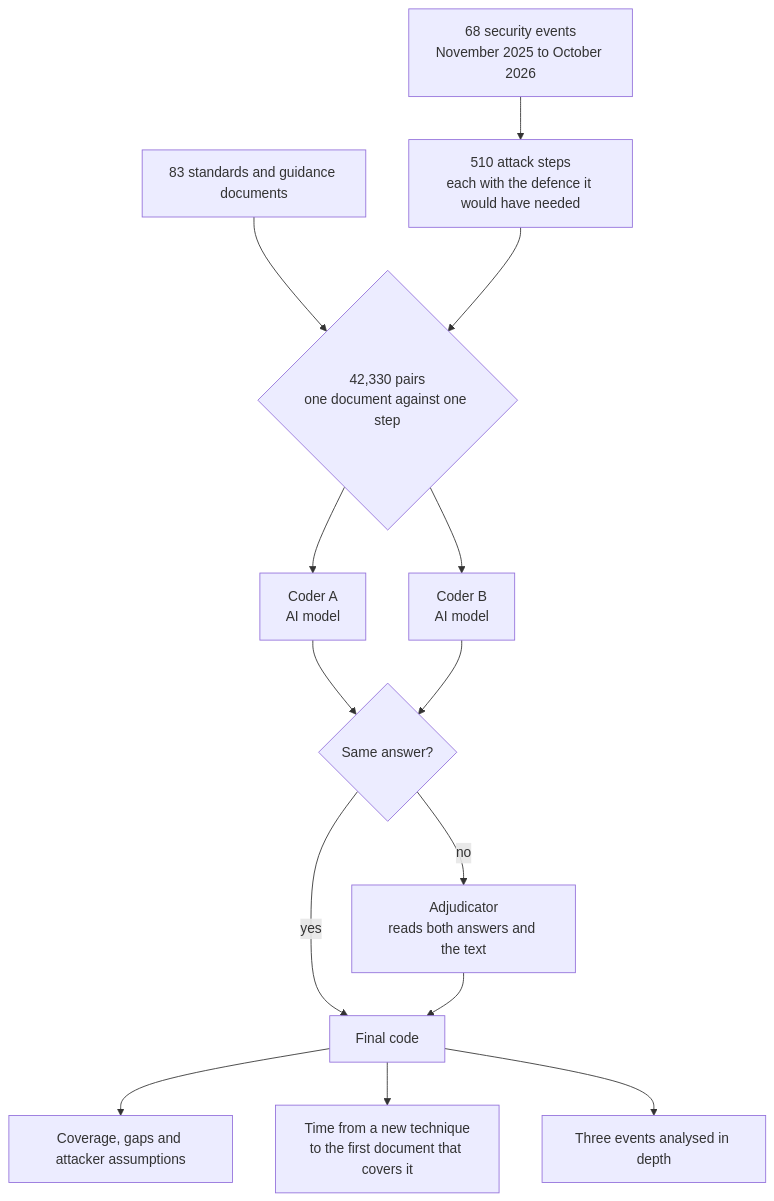
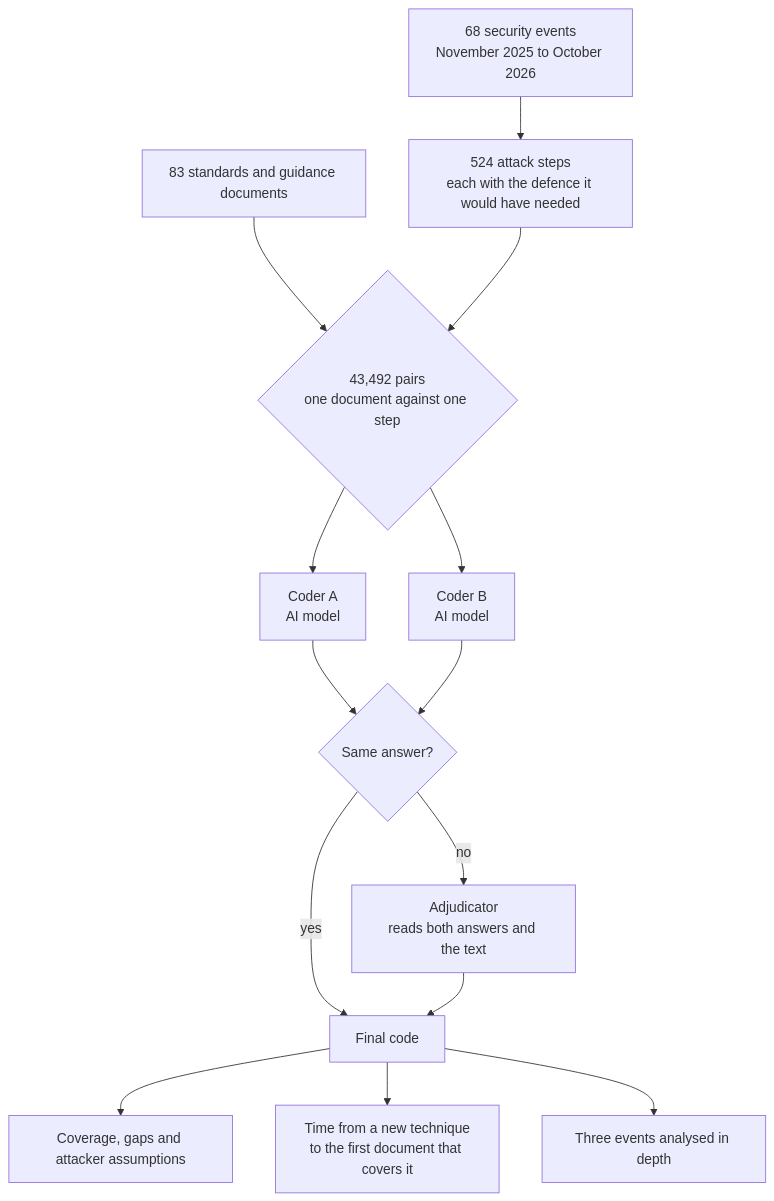
The diagram in README.md (Roarge/2026-state-of-security-standards), drawn with Mermaid before and after one commit. The commit also changed other lines of this file and 13 other files, not shown here.

Commit message:
Complete the steps of event C-001 (524 steps, 43,492 pairs) and update all tables, figures and texts

````diff
--- a/README.md
+++ b/README.md
@@ -27,15 +27,15 @@
 ```mermaid
 flowchart TD
     A[83 standards and guidance documents] --> C
-    B[68 security events<br>November 2025 to October 2026] --> S[510 attack steps<br>each with the defence it would have needed]
-    S --> C{42,330 pairs<br>one document against one step}
+    B[68 security events<br>November 2025 to October 2026] --> S[524 attack steps<br>each with the defence it would have needed]
+    S --> C{43,492 pairs<br>one document against one step}
     C --> D[Coder A<br>AI model]
     C --> E[Coder B<br>AI model]
     D --> F{Same answer?}
     E --> F
     F -- yes --> G[Final code]
     F -- no --> H[Adjudicator<br>reads both answers and the text] --> G
     G --> R[Coverage, gaps and attacker assumptions]
     G --> T[Time from a new technique<br>to the first document that covers it]
     G --> U[Three events analysed in depth]
 ```
````
